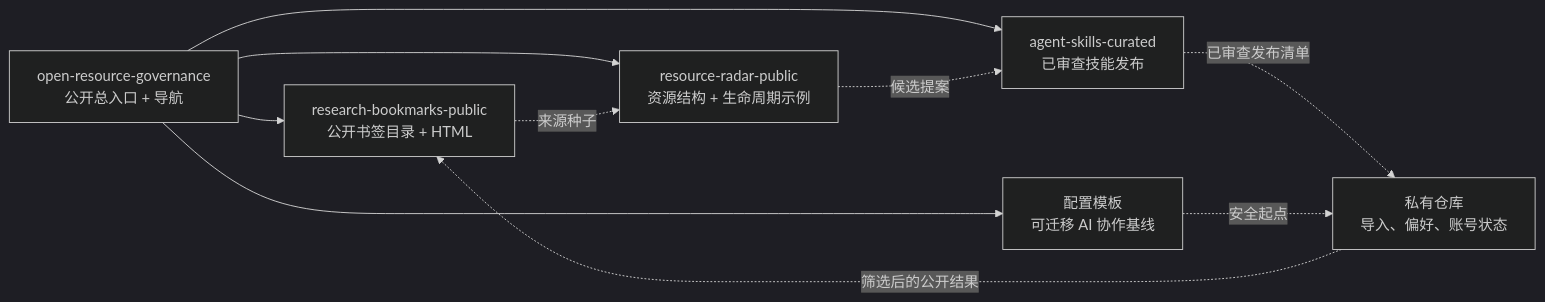
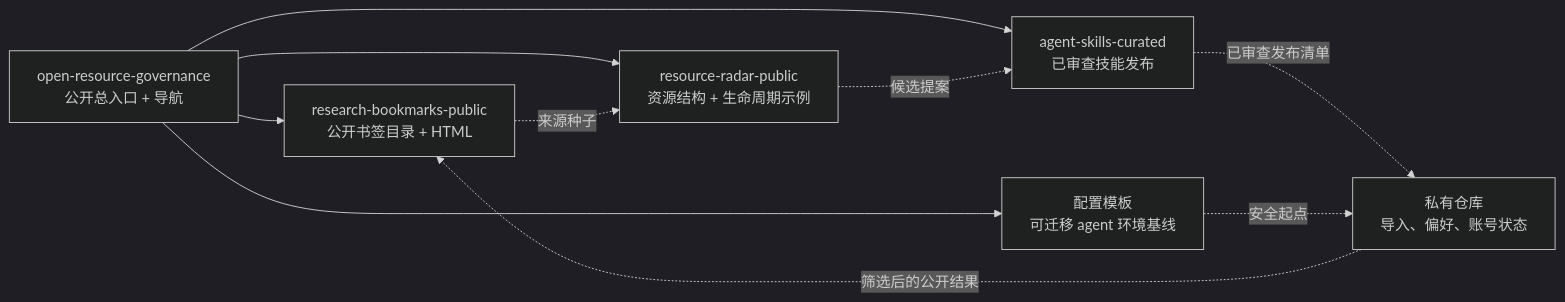
The diagram in README.zh-CN.md (yiheng8023/open-resource-governance), drawn with Mermaid (dark theme) before and after one commit. The commit also changed other lines of this file and 5 other files, not shown here.

````diff
--- a/README.zh-CN.md
+++ b/README.zh-CN.md
@@ -79,19 +79,19 @@
 ```mermaid
 flowchart LR
   hub["open-resource-governance<br/>公开总入口 + 导航"]
   bookmarks["research-bookmarks-public<br/>公开书签目录 + HTML"]
   radar["resource-radar-public<br/>资源结构 + 生命周期示例"]
-  templates["配置模板<br/>可迁移 AI 协作基线"]
+  templates["配置模板<br/>可迁移 agent 环境基线"]
   private["私有仓库<br/>导入、偏好、账号状态"]
   skills["agent-skills-curated<br/>已审查技能发布"]
 
   hub --> bookmarks
   hub --> radar
   hub --> templates
   hub --> skills
   private -. "筛选后的公开结果" .-> bookmarks
   bookmarks -. "来源种子" .-> radar
   radar -. "候选提案" .-> skills
   skills -. "已审查发布清单" .-> private
   templates -. "安全起点" .-> private
 ```
````
